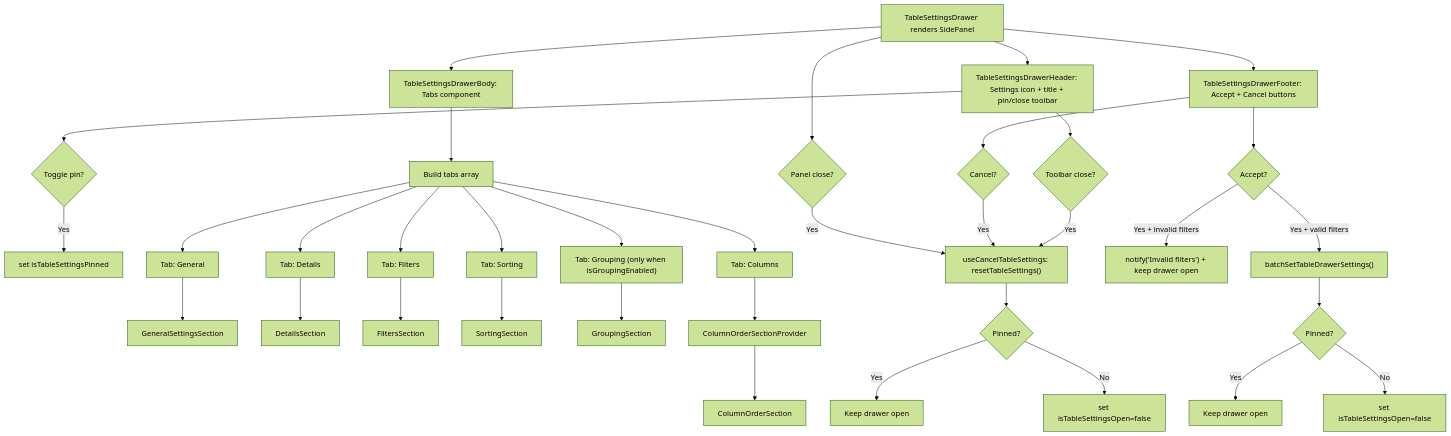
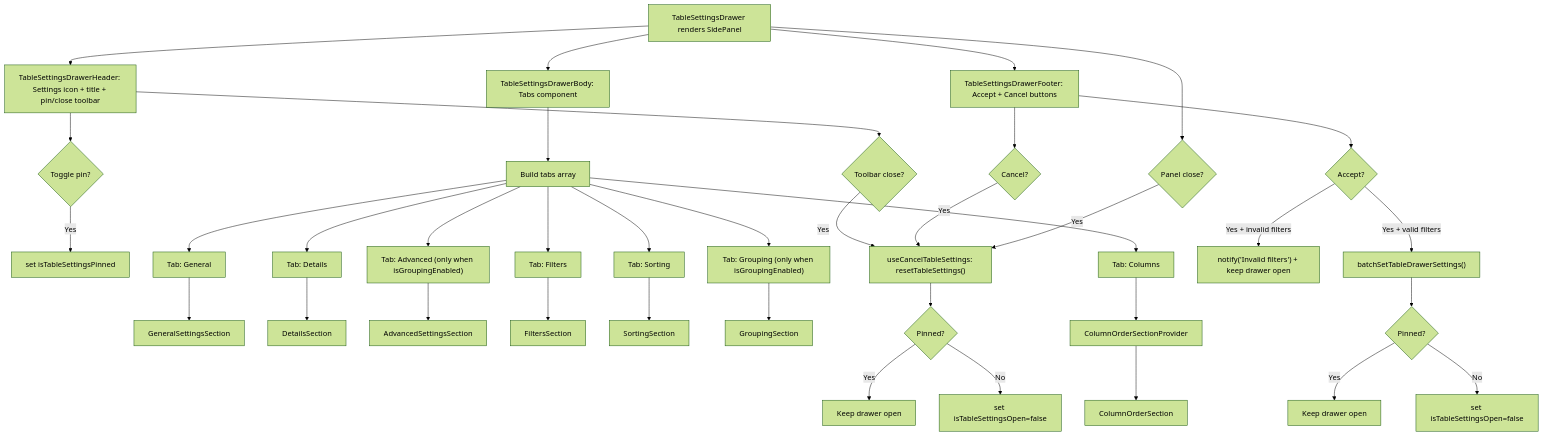
The second of 3 diagrams in packages/ui/src/components/Table/TableSettingsDrawer/ARCHITECTURE.md (luciocabrera/lcabrera-stack), drawn with Mermaid (forest theme) before and after one commit. The commit also changed other lines of this file and 91 other files, not shown here.

Commit message:
feat(ui): add an Advanced settings tab and make the tab order global (#1119)

````diff
--- a/packages/ui/src/components/Table/TableSettingsDrawer/ARCHITECTURE.md
+++ b/packages/ui/src/components/Table/TableSettingsDrawer/ARCHITECTURE.md
@@ -197,46 +208,49 @@
 ```mermaid
 graph TD
   A["TableSettingsDrawer renders SidePanel"] --> O["TableSettingsDrawerHeader: Settings icon + title + pin/close toolbar"]
   A --> P["TableSettingsDrawerBody: Tabs component"]
   A --> Q["TableSettingsDrawerFooter: Accept + Cancel buttons"]
 
   O --> W{"Toggle pin?"}
   W -->|Yes| X["set isTableSettingsPinned"]
   O --> C2{"Toolbar close?"}
   C2 -->|Yes| V
 
   P --> D["Build tabs array"]
 
   D --> E["Tab: General"]
   E --> F["GeneralSettingsSection"]
 
   D --> E2["Tab: Details"]
   E2 --> F2["DetailsSection"]
+
+  D --> E3["Tab: Advanced (only when isGroupingEnabled)"]
+  E3 --> F3["AdvancedSettingsSection"]
 
   D --> G["Tab: Filters"]
   G --> H["FiltersSection"]
 
   D --> I["Tab: Sorting"]
   I --> J["SortingSection"]
 
   D --> I2["Tab: Grouping (only when isGroupingEnabled)"]
   I2 --> J2["GroupingSection"]
 
   D --> K["Tab: Columns"]
   K --> L["ColumnOrderSectionProvider"]
   L --> M["ColumnOrderSection"]
 
   Q --> R{"Accept?"}
   R -->|Yes + invalid filters| S["notify('Invalid filters') + keep drawer open"]
   R -->|Yes + valid filters| T["batchSetTableDrawerSettings()"]
   T --> U{"Pinned?"}
   U -->|Yes| K1["Keep drawer open"]
   U -->|No| K2["set isTableSettingsOpen=false"]
   Q --> C{"Cancel?"}
   C -->|Yes| V["useCancelTableSettings: resetTableSettings()"]
   A --> C3{"Panel close?"}
   C3 -->|Yes| V
   V --> P2{"Pinned?"}
   P2 -->|Yes| K3["Keep drawer open"]
   P2 -->|No| K4["set isTableSettingsOpen=false"]
 ```
````
